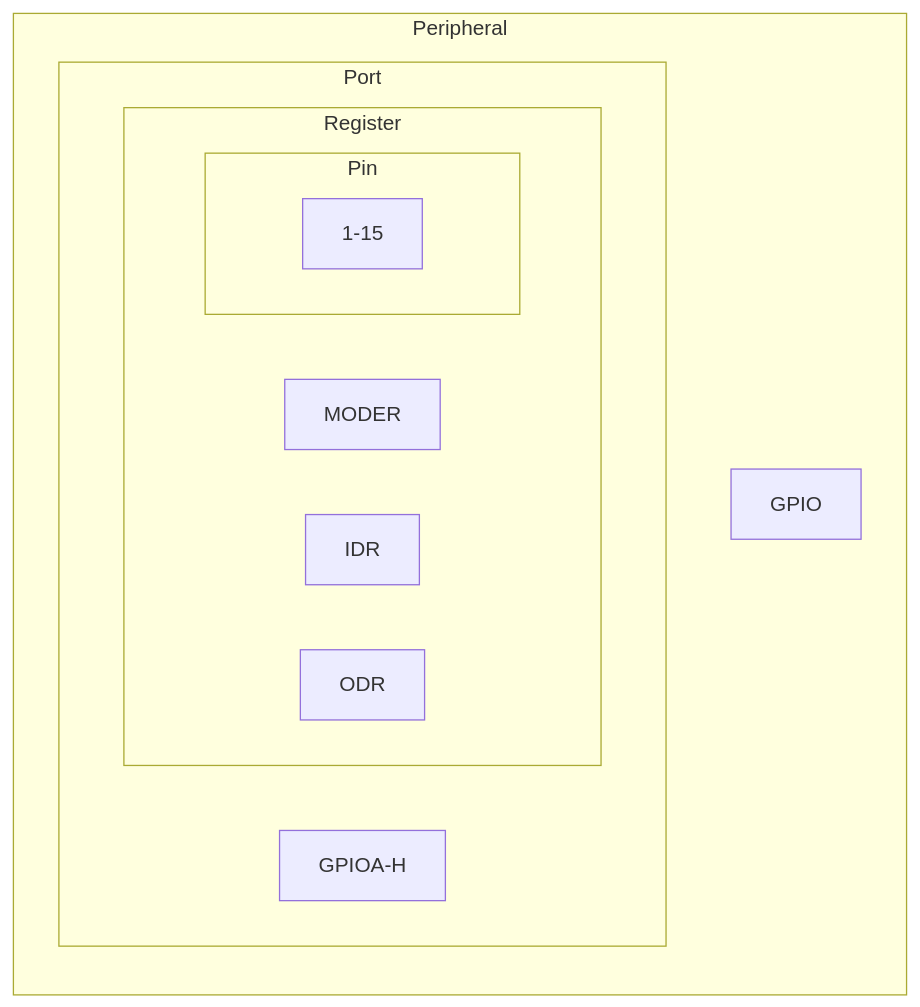
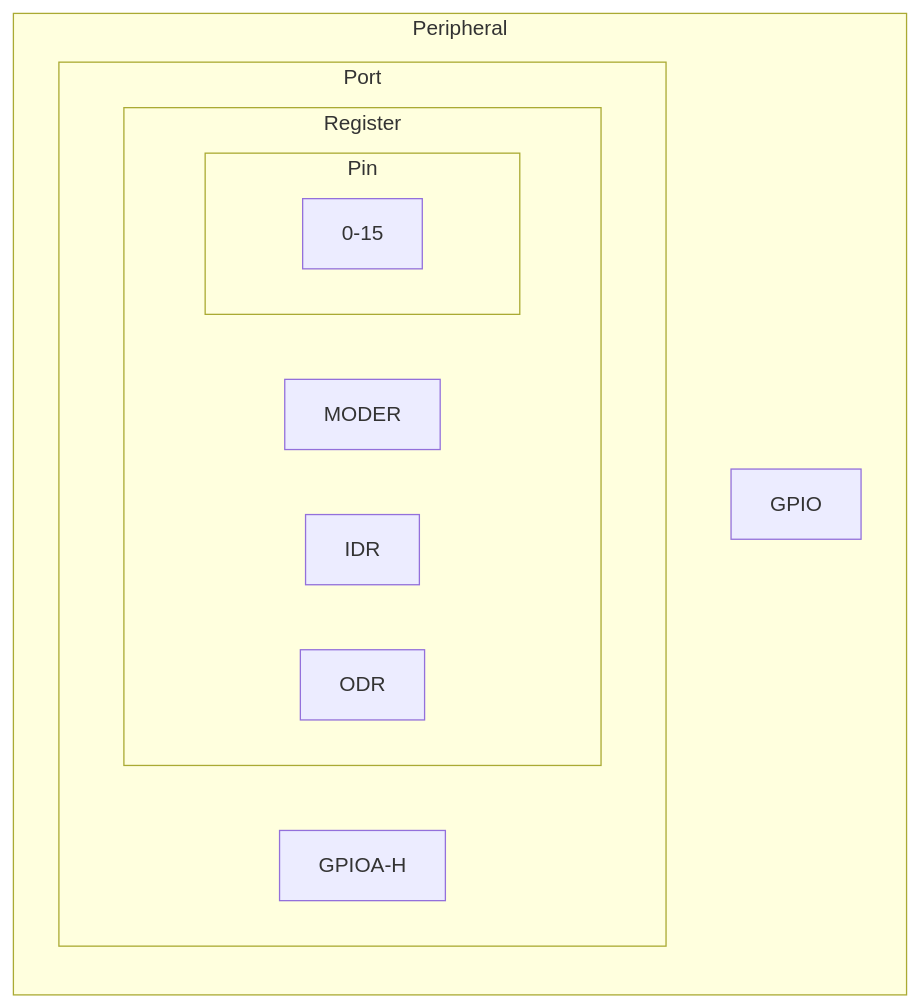
Before and after one commit to coder137/lowlevel_rust: the diagram in minimal_drivers/README.md, drawn with Mermaid.

````diff
--- a/minimal_drivers/README.md
+++ b/minimal_drivers/README.md
@@ -50,17 +50,17 @@
 ```mermaid
 graph BT;
   subgraph Peripheral
     GPIO
     subgraph Port
       GPIOA-H
       subgraph Register
         MODER
         IDR
         ODR
         subgraph Pin
-          1-15
+          0-15
         end
       end
     end
   end
 ```
````
